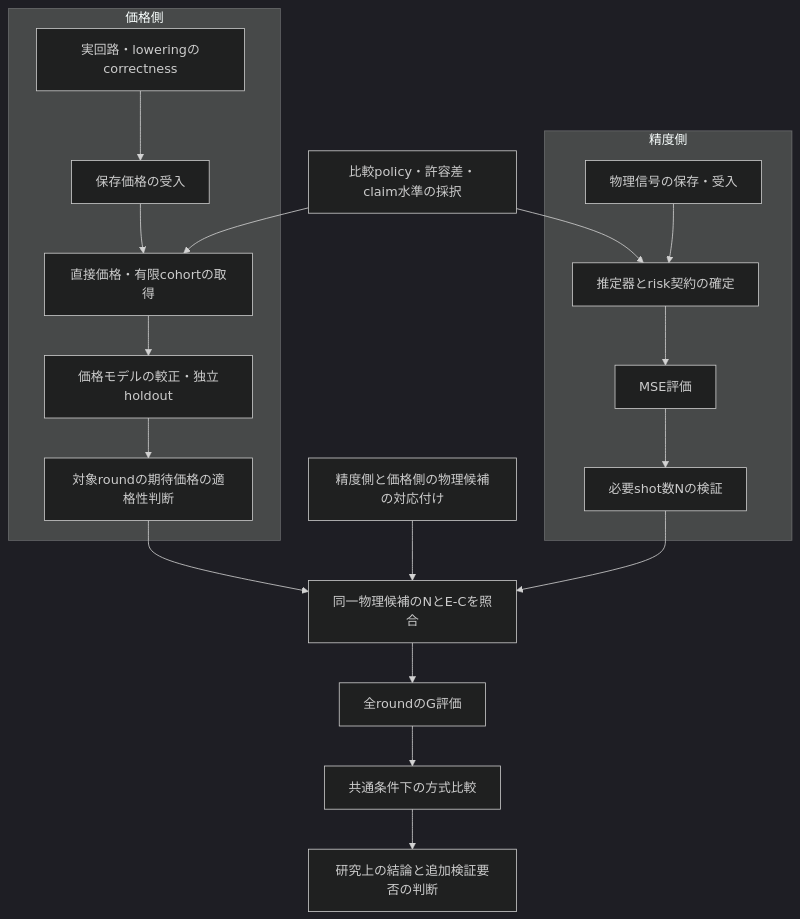
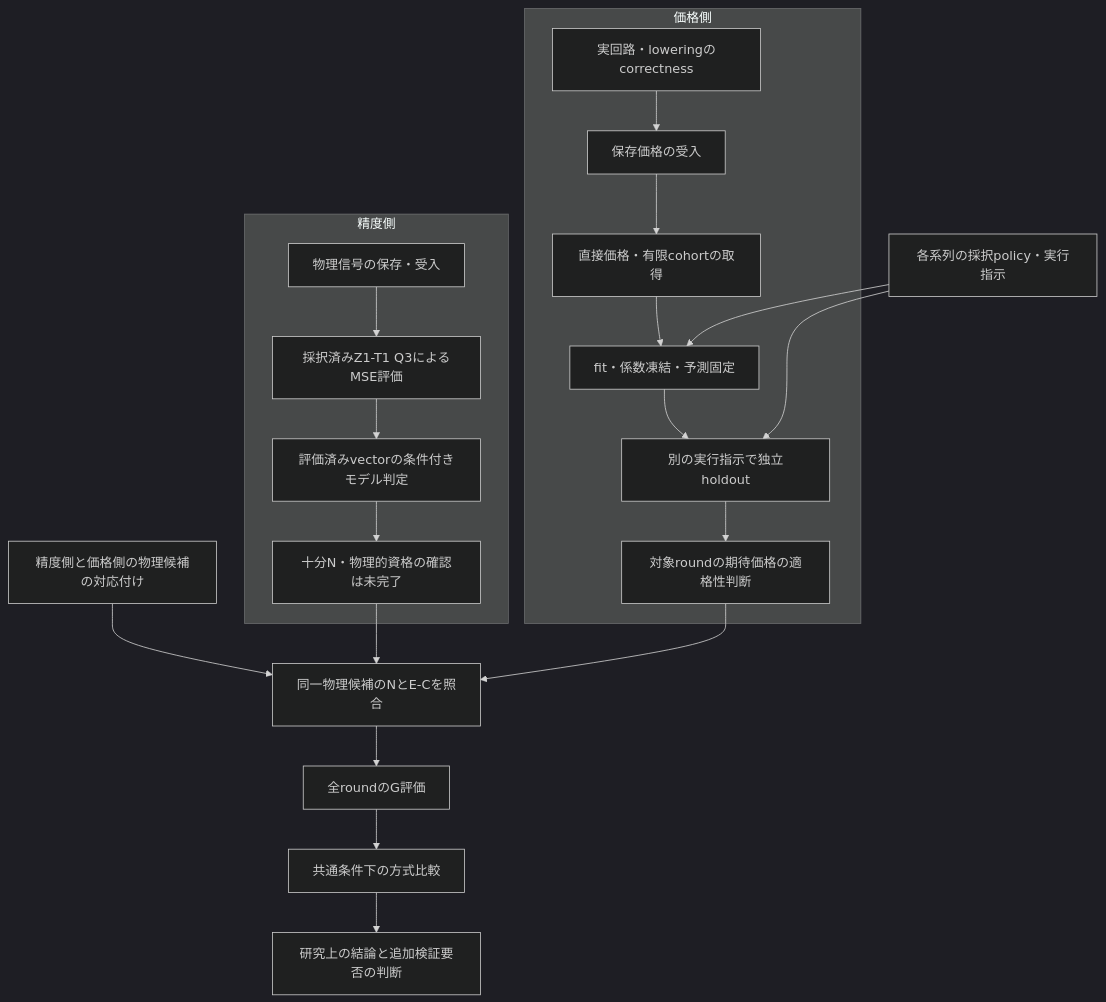
One commit to HIROMU1015/Partially-Randomized-Trotter changed the diagram in docs/research/RESEARCH_ROADMAP.md. Above: the diagram before and after it, drawn with Mermaid (dark theme). The commit also changed other lines of this file, not shown here.

Commit message:
docs: update H4 five-method roadmap from fixed handoffs and frozen PF models [skip ci]

````diff
--- a/docs/research/RESEARCH_ROADMAP.md
+++ b/docs/research/RESEARCH_ROADMAP.md
@@ -305,22 +306,23 @@
 ```mermaid
 flowchart TD
   subgraph 精度側
-    S1[物理信号の保存・受入] --> S2[推定器とrisk契約の確定]
-    S2 --> S3[MSE評価]
-    S3 --> S4[必要shot数Nの検証]
+    S1[物理信号の保存・受入] --> S2[採択済みZ1-T1 Q3によるMSE評価]
+    S2 --> S3[評価済みvectorの条件付きモデル判定]
+    S3 --> S4[十分N・物理的資格の確認は未完了]
   end
   subgraph 価格側
     P1[実回路・loweringのcorrectness] --> P2[保存価格の受入]
     P2 --> P3[直接価格・有限cohortの取得]
-    P3 --> P4[価格モデルの較正・独立holdout]
+    P3 --> P4A[fit・係数凍結・予測固定]
+    P4A --> P4[別の実行指示で独立holdout]
     P4 --> P5[対象roundの期待価格の適格性判断]
   end
-  K[比較policy・許容差・claim水準の採択] --> P3
-  K --> S2
+  K[各系列の採択policy・実行指示] --> P4A
+  K --> P4
   M[精度側と価格側の物理候補の対応付け] --> I1
   S4 --> I1[同一物理候補のNとE-Cを照合]
   P5 --> I1
   I1 --> I2[全roundのG評価]
   I2 --> I3[共通条件下の方式比較]
   I3 --> I4[研究上の結論と追加検証要否の判断]
 ```
````
